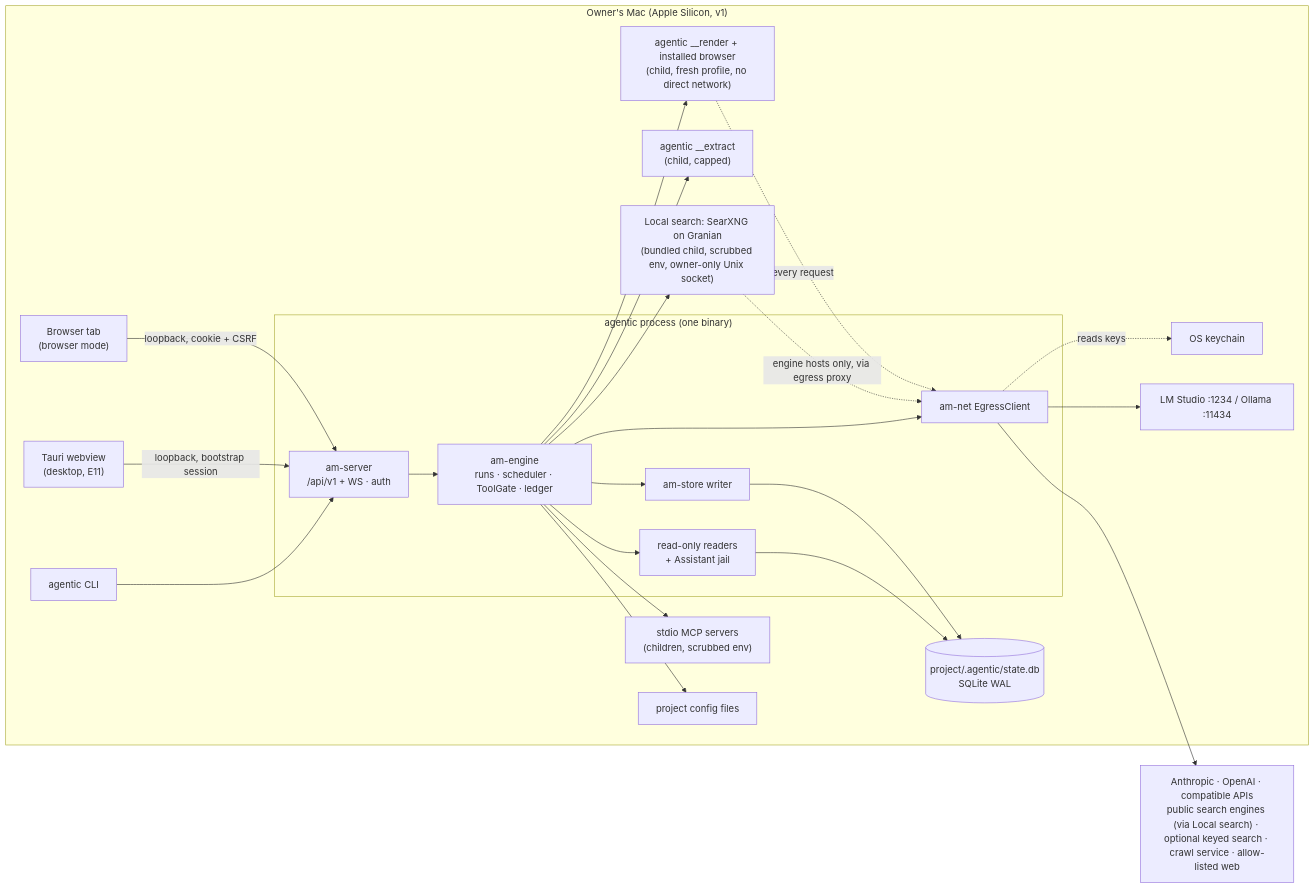
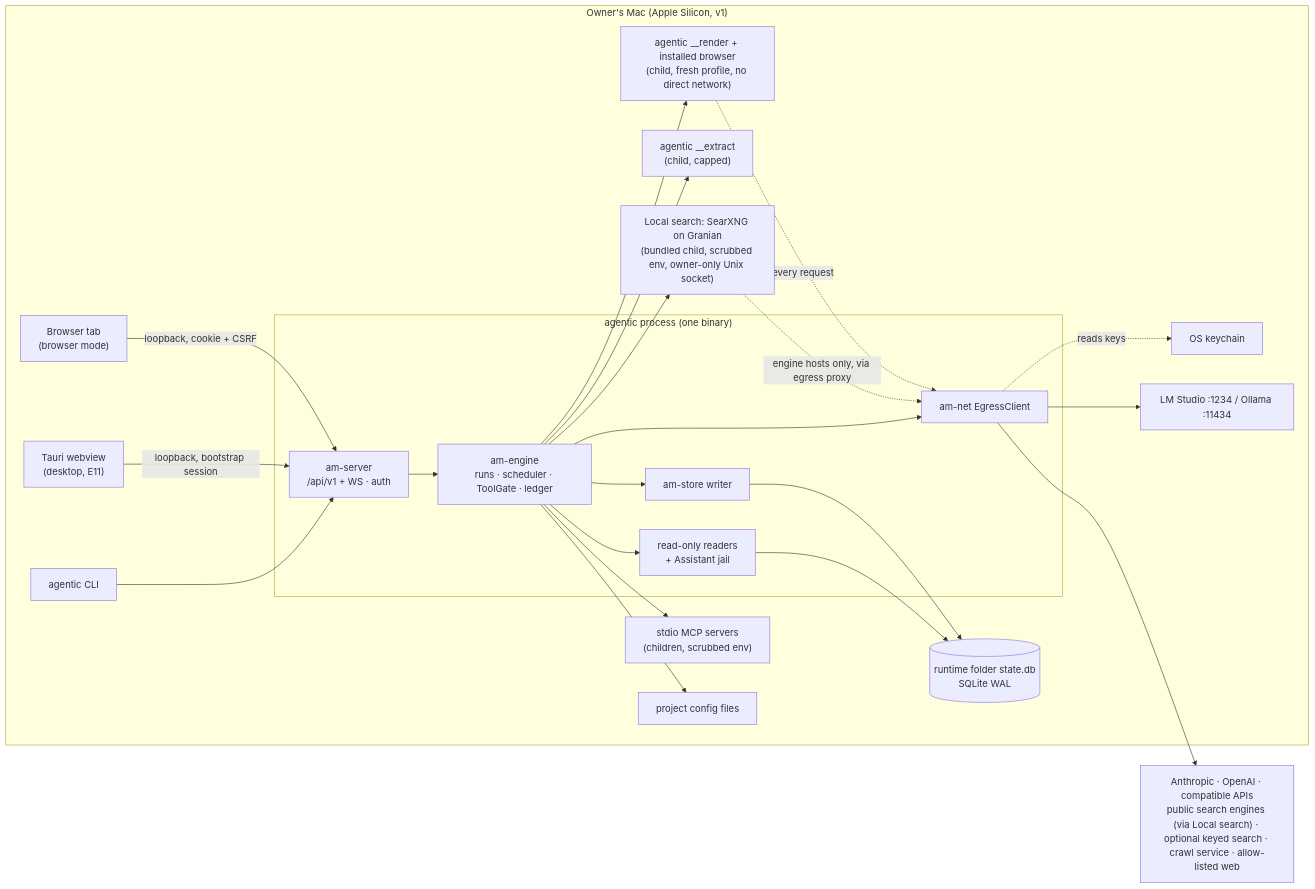
Before and after one commit to energyatom/agentic-manager: the third of 5 diagrams in _bmad-output/initiative-agentic-manager/architecture-agentic-manager/architecture-agentic-manager.md, drawn with Mermaid. The commit also changed other lines of this file and 25 other files, not shown here.

````diff
--- a/_bmad-output/initiative-agentic-manager/architecture-agentic-manager/architecture-agentic-manager.md
+++ b/_bmad-output/initiative-agentic-manager/architecture-agentic-manager/architecture-agentic-manager.md
@@ -583,42 +607,42 @@
 ```mermaid
 flowchart LR
   subgraph Mac["Owner's Mac (Apple Silicon, v1)"]
     Browser["Browser tab<br/>(browser mode)"]
     Webview["Tauri webview<br/>(desktop, E11)"]
     CLI["agentic CLI"]
     subgraph Core["agentic process (one binary)"]
       Server["am-server<br/>/api/v1 + WS · auth"]
       Engine["am-engine<br/>runs · scheduler · ToolGate · ledger"]
       Writer["am-store writer"]
       Readers["read-only readers<br/>+ Assistant jail"]
       Net["am-net EgressClient"]
     end
     Extract["agentic __extract<br/>(child, capped)"]
     Render["agentic __render + installed browser<br/>(child, fresh profile, no direct network)"]
     Searx["Local search: SearXNG on Granian<br/>(bundled child, scrubbed env, owner-only Unix socket)"]
     MCPc["stdio MCP servers<br/>(children, scrubbed env)"]
-    DB[("project/.agentic/state.db<br/>SQLite WAL")]
+    DB[("runtime folder state.db<br/>SQLite WAL")]
     Files["project config files"]
     KC["OS keychain"]
     Local["LM Studio :1234 / Ollama :11434"]
   end
   Cloud["Anthropic · OpenAI · compatible APIs<br/>public search engines (via Local search) · optional keyed search · crawl service · allow-listed web"]
   Browser -->|loopback, cookie + CSRF| Server
   Webview -->|loopback, bootstrap session| Server
   CLI --> Server
   Server --> Engine
   Engine --> Writer --> DB
   Readers --> DB
   Engine --> Readers
   Engine --> Files
   Engine --> Extract
   Engine --> Render
   Render -.every request.-> Net
   Engine --> Searx
   Searx -.engine hosts only, via egress proxy.-> Net
   Engine --> MCPc
   Engine --> Net
   Net --> Local
   Net --> Cloud
   Net -.reads keys.-> KC
 ```
````
